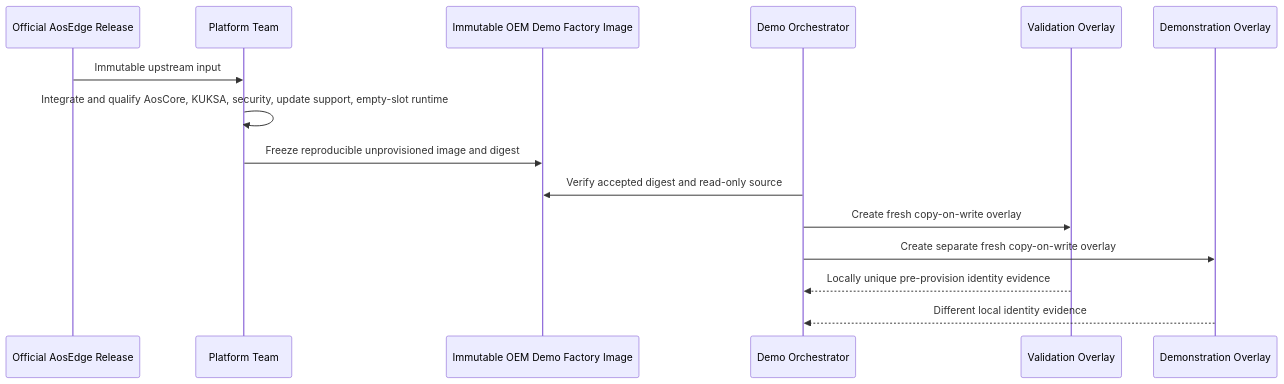
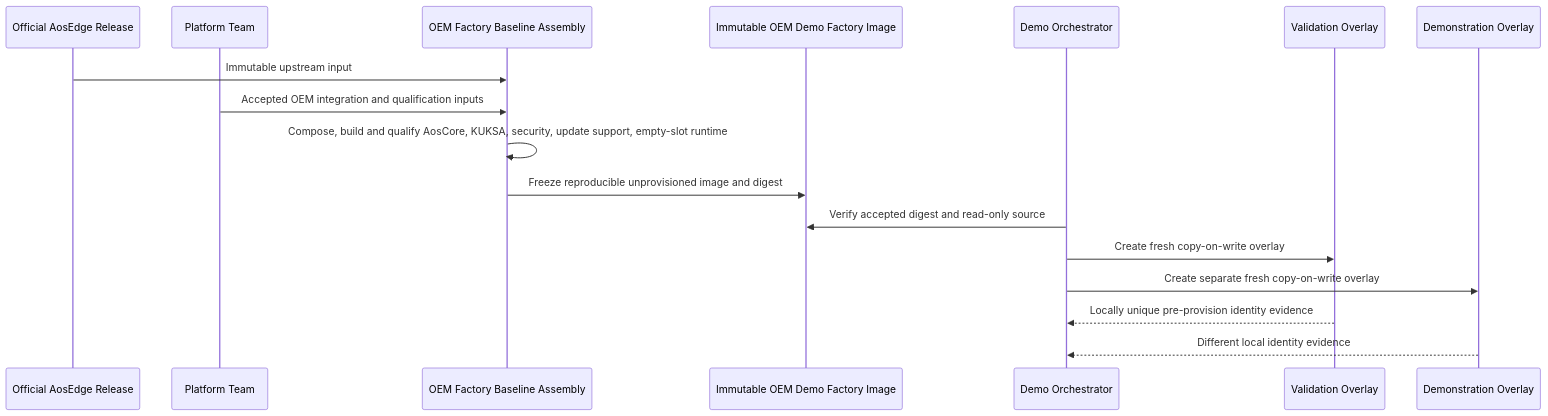
The second of 17 diagrams in docs/architecture/demo-scenario-architecture-flows.md (alexmaninblack/aosedge-sdv-demo), drawn with Mermaid before and after one commit. The commit also changed other lines of this file and 7 other files, not shown here.

Commit message:
docs: separate factory assembly from image artifact

````diff
--- a/docs/architecture/demo-scenario-architecture-flows.md
+++ b/docs/architecture/demo-scenario-architecture-flows.md
@@ -179,18 +179,20 @@
 ```mermaid
 sequenceDiagram
     participant UR as Official AosEdge Release
     participant PT as Platform Team
+    participant BA as OEM Factory Baseline Assembly
     participant FI as Immutable OEM Demo Factory Image
     participant OR as Demo Orchestrator
     participant VO as Validation Overlay
     participant DO as Demonstration Overlay
 
-    UR->>PT: Immutable upstream input
-    PT->>PT: Integrate and qualify AosCore, KUKSA, security, update support, empty-slot runtime
-    PT->>FI: Freeze reproducible unprovisioned image and digest
+    UR->>BA: Immutable upstream input
+    PT->>BA: Accepted OEM integration and qualification inputs
+    BA->>BA: Compose, build and qualify AosCore, KUKSA, security, update support, empty-slot runtime
+    BA->>FI: Freeze reproducible unprovisioned image and digest
     OR->>FI: Verify accepted digest and read-only source
     OR->>VO: Create fresh copy-on-write overlay
     OR->>DO: Create separate fresh copy-on-write overlay
     VO-->>OR: Locally unique pre-provision identity evidence
     DO-->>OR: Different local identity evidence
 ```
````
